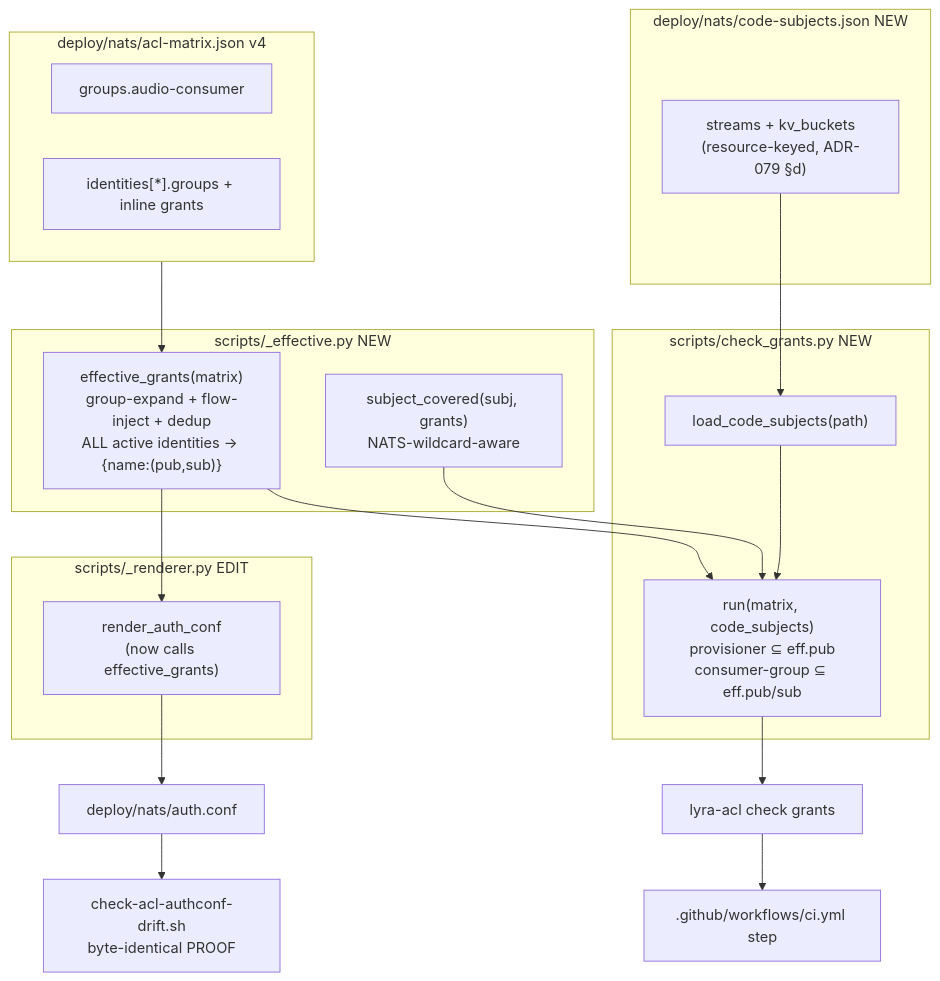
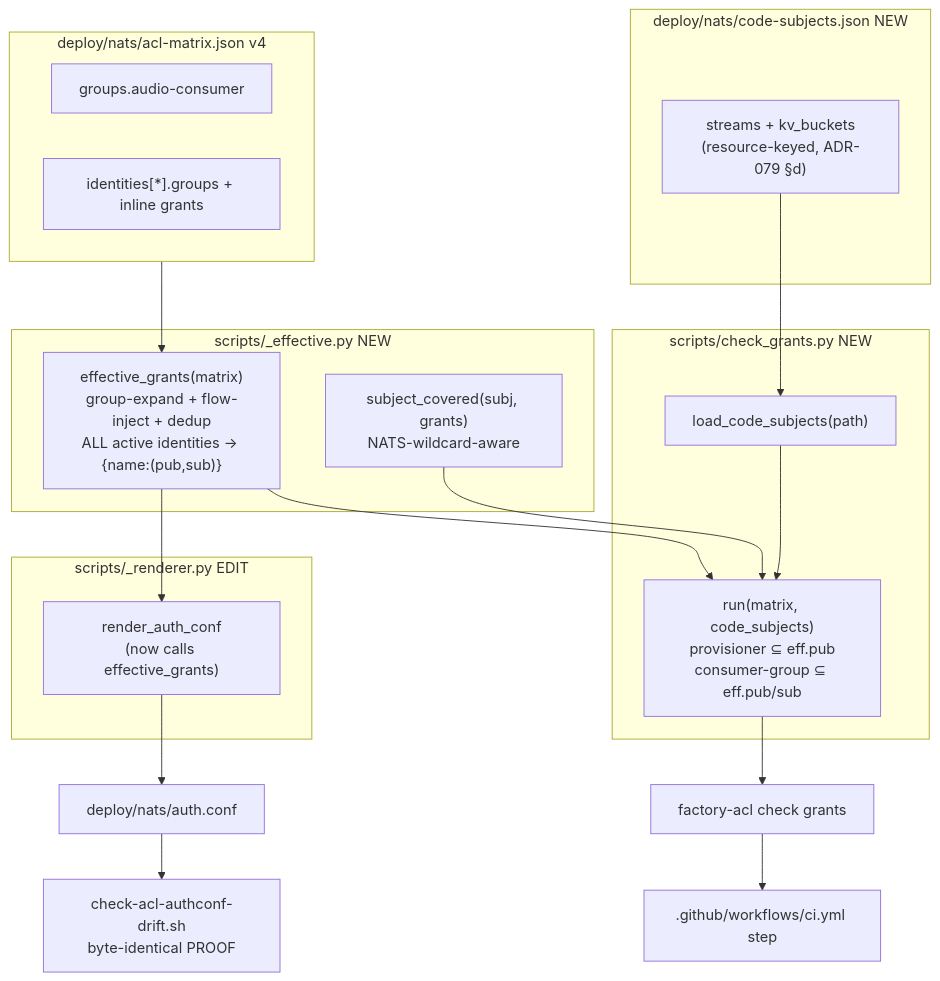
The first of 2 diagrams in artifacts/plans/1527-s5-ci-falsification-gate-plan.mdx (Roxabi/lyra), drawn with Mermaid before and after one commit. The commit also changed other lines of this file and 1256 other files, not shown here.

First line of the commit message:
refactor: rename lyra→factory (package/CLI, env vars, container identity)

````diff
--- a/artifacts/plans/1527-s5-ci-falsification-gate-plan.mdx
+++ b/artifacts/plans/1527-s5-ci-falsification-gate-plan.mdx
@@ -22,29 +22,29 @@
 ```mermaid
 flowchart TD
     subgraph matrix[deploy/nats/acl-matrix.json v4]
       G[groups.audio-consumer]
       ID["identities[*].groups + inline grants"]
     end
     subgraph eff[scripts/_effective.py NEW]
       EG["effective_grants(matrix)<br/>group-expand + flow-inject + dedup<br/>ALL active identities → {name:(pub,sub)}"]
       SC["subject_covered(subj, grants)<br/>NATS-wildcard-aware"]
     end
     subgraph rend[scripts/_renderer.py EDIT]
       RAC["render_auth_conf<br/>(now calls effective_grants)"]
     end
     subgraph gate[scripts/check_grants.py NEW]
       LCS["load_code_subjects(path)"]
       RUN["run(matrix, code_subjects)<br/>provisioner ⊆ eff.pub<br/>consumer-group ⊆ eff.pub/sub"]
     end
     subgraph cs[deploy/nats/code-subjects.json NEW]
       M["streams + kv_buckets<br/>(resource-keyed, ADR-079 §d)"]
     end
     matrix --> EG
     EG --> RAC --> AC[deploy/nats/auth.conf]
     AC --> DRIFT[check-acl-authconf-drift.sh<br/>byte-identical PROOF]
     EG --> RUN
     SC --> RUN
     M --> LCS --> RUN
-    RUN --> CLI["lyra-acl check grants"]
+    RUN --> CLI["factory-acl check grants"]
     CLI --> CI[".github/workflows/ci.yml step"]
 ```
````
